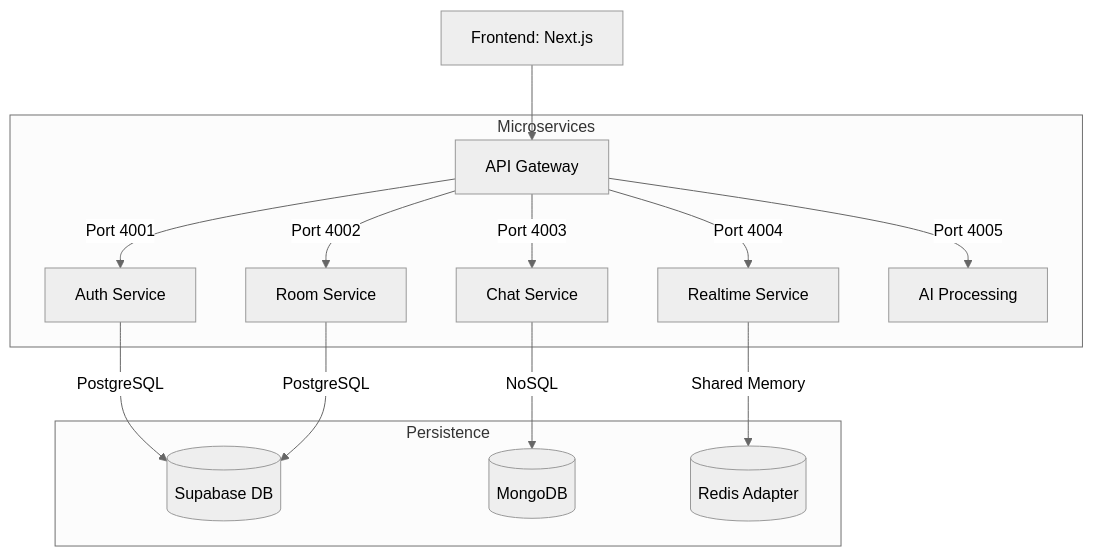
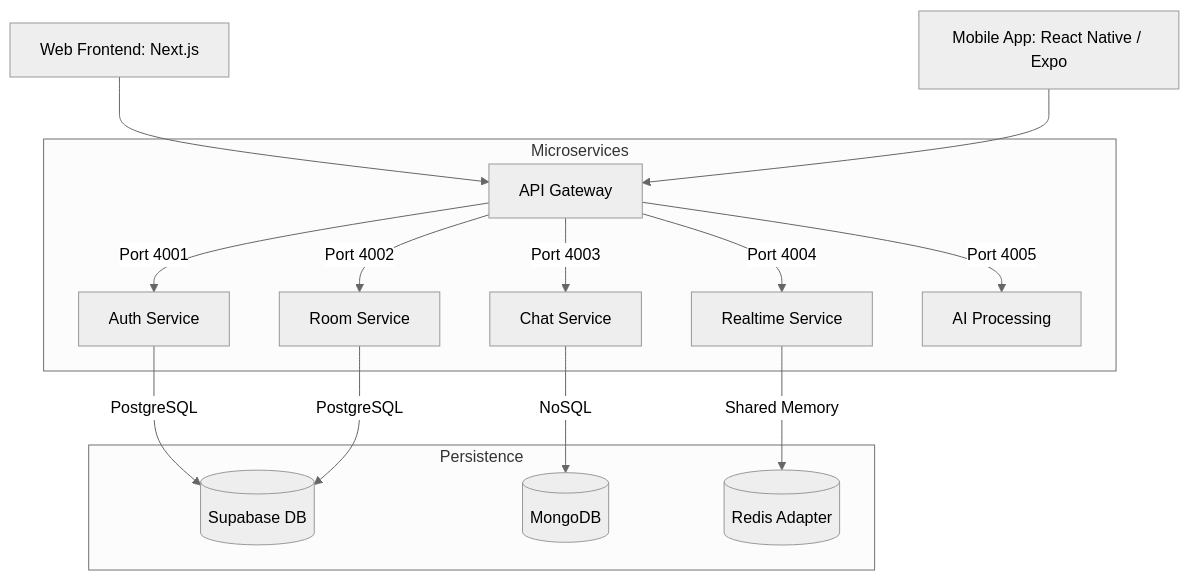
One commit to StackViper/GhostRoom changed the diagram in README.md. Above: the diagram before and after it, drawn with Mermaid (neutral theme). The commit also changed other lines of this file and 32 other files, not shown here.

Commit message:
feat: add React Native mobile app + update README with mobile architecture & setup

````diff
--- a/README.md
+++ b/README.md
@@ -22,18 +22,19 @@
 ```mermaid
 graph TD
-    A[Frontend: Next.js] --> B[API Gateway]
+    A[Web Frontend: Next.js] --> B[API Gateway]
+    M[Mobile App: React Native / Expo] --> B
     
     subgraph Microservices
         B -->|Port 4001| C[Auth Service]
         B -->|Port 4002| D[Room Service]
         B -->|Port 4003| F[Chat Service]
         B -->|Port 4004| E[Realtime Service]
         B -->|Port 4005| G[AI Processing]
     end
     
     subgraph Persistence
         C & D -->|PostgreSQL| P[(Supabase DB)]
-        F -->|NoSQL| M[(MongoDB)]
+        F -->|NoSQL| MDB[(MongoDB)]
         E -->|Shared Memory| R[(Redis Adapter)]
     end
 ```
````
